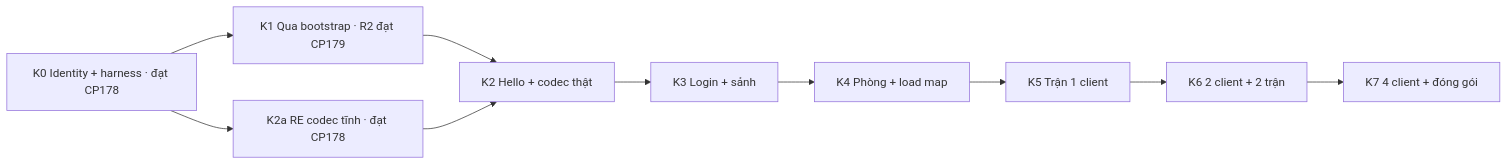
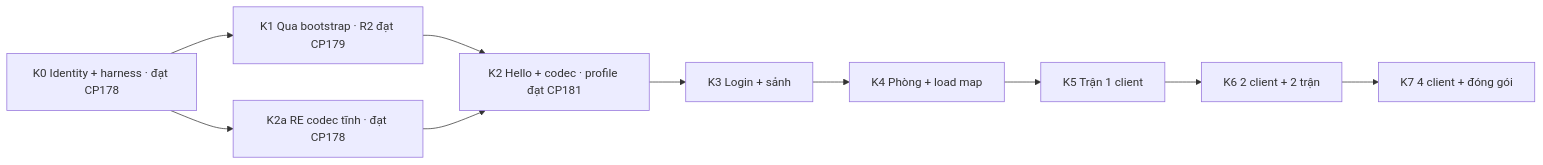
One commit to aquaplatinumberlitz/boom-kr-server changed the diagram in docs/PLAN.md. Above: the diagram before and after it, drawn with Mermaid. The commit also changed other lines of this file and 12 other files, not shown here.

Commit message:
Verify same-process KR login retry and accept codec profile (CP181)

````diff
--- a/docs/PLAN.md
+++ b/docs/PLAN.md
@@ -157,12 +156,12 @@
 ```mermaid
 flowchart LR
   K0["K0 Identity + harness · đạt CP178"] --> K1["K1 Qua bootstrap · R2 đạt CP179"]
   K0 --> K2a["K2a RE codec tĩnh · đạt CP178"]
-  K1 --> K2["K2 Hello + codec thật"]
+  K1 --> K2["K2 Hello + codec · profile đạt CP181"]
   K2a --> K2
   K2 --> K3["K3 Login + sảnh"]
   K3 --> K4["K4 Phòng + load map"]
   K4 --> K5["K5 Trận 1 client"]
   K5 --> K6["K6 2 client + 2 trận"]
   K6 --> K7["K7 4 client + đóng gói"]
 ```
````
